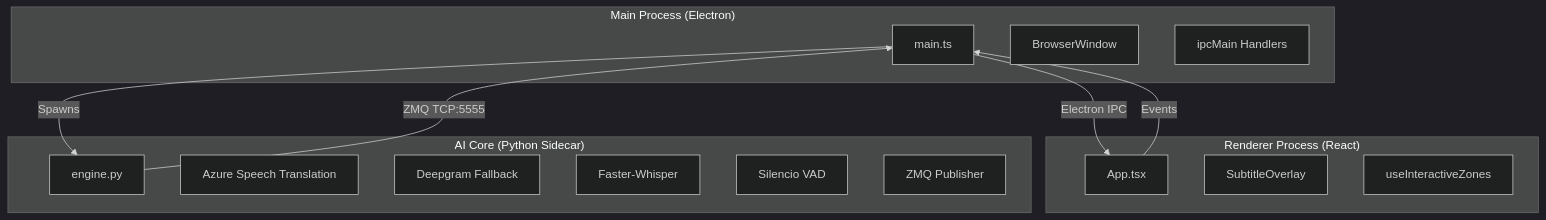
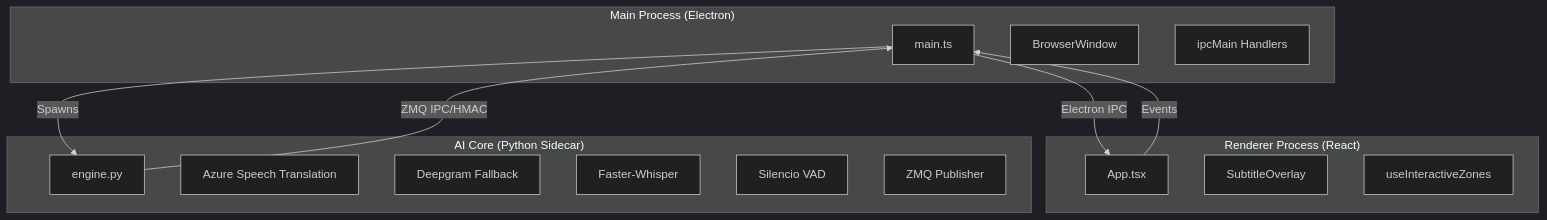
The diagram in ARCHITECTURE.md (senoldogann/Live-Translate), drawn with Mermaid (dark theme) before and after one commit. The commit also changed other lines of this file and 8 other files, not shown here.

````diff
--- a/ARCHITECTURE.md
+++ b/ARCHITECTURE.md
@@ -13,28 +13,28 @@
 ```mermaid
 graph TB
     subgraph "Main Process (Electron)"
         Main[main.ts]
         Window[BrowserWindow]
         IPC_M[ipcMain Handlers]
     end
 
     subgraph "Renderer Process (React)"
         App[App.tsx]
         Overlay[SubtitleOverlay]
         Hook[useInteractiveZones]
     end
 
     subgraph "AI Core (Python Sidecar)"
         Engine[engine.py]
         Azure[Azure Speech Translation]
         Deepgram[Deepgram Fallback]
         Whisper[Faster-Whisper]
         VAD[Silencio VAD]
         ZMQ_Pub[ZMQ Publisher]
     end
 
     Main -->|Spawns| Engine
-    Engine -->|ZMQ TCP:5555| Main
+    Engine -->|ZMQ IPC/HMAC| Main
     Main -->|Electron IPC| App
     App -->|Events| Main
 ```
````
